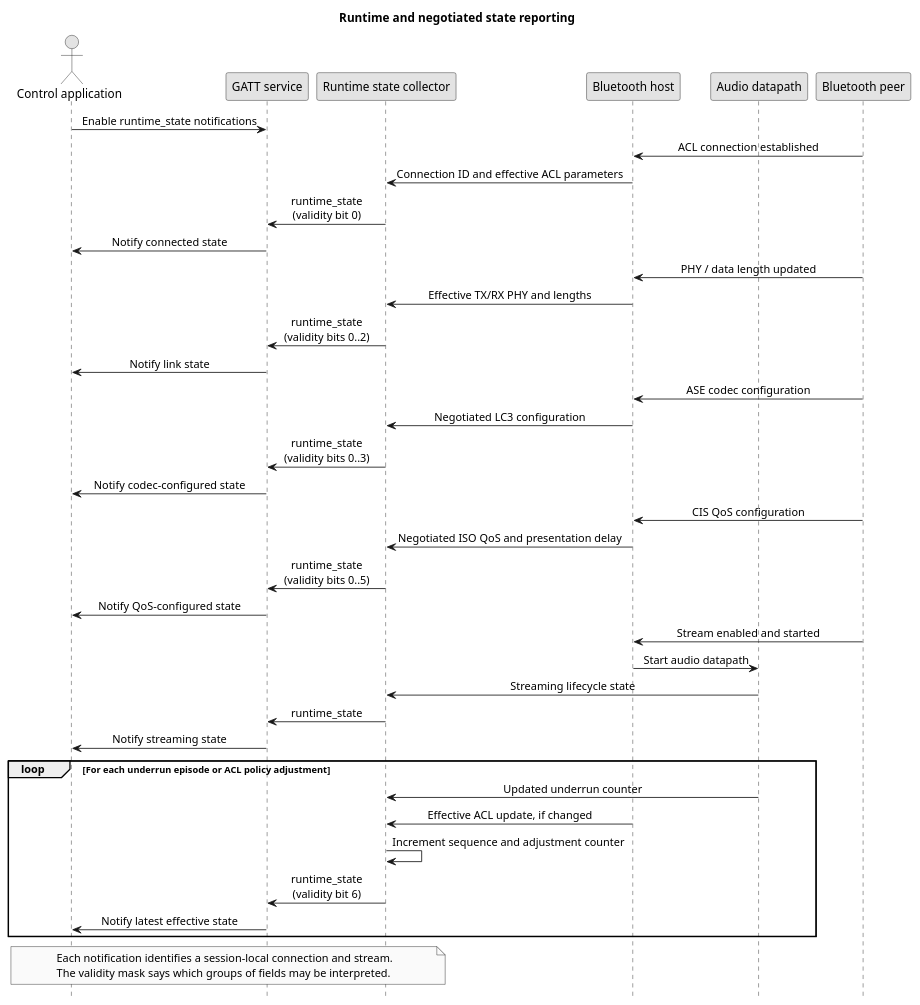
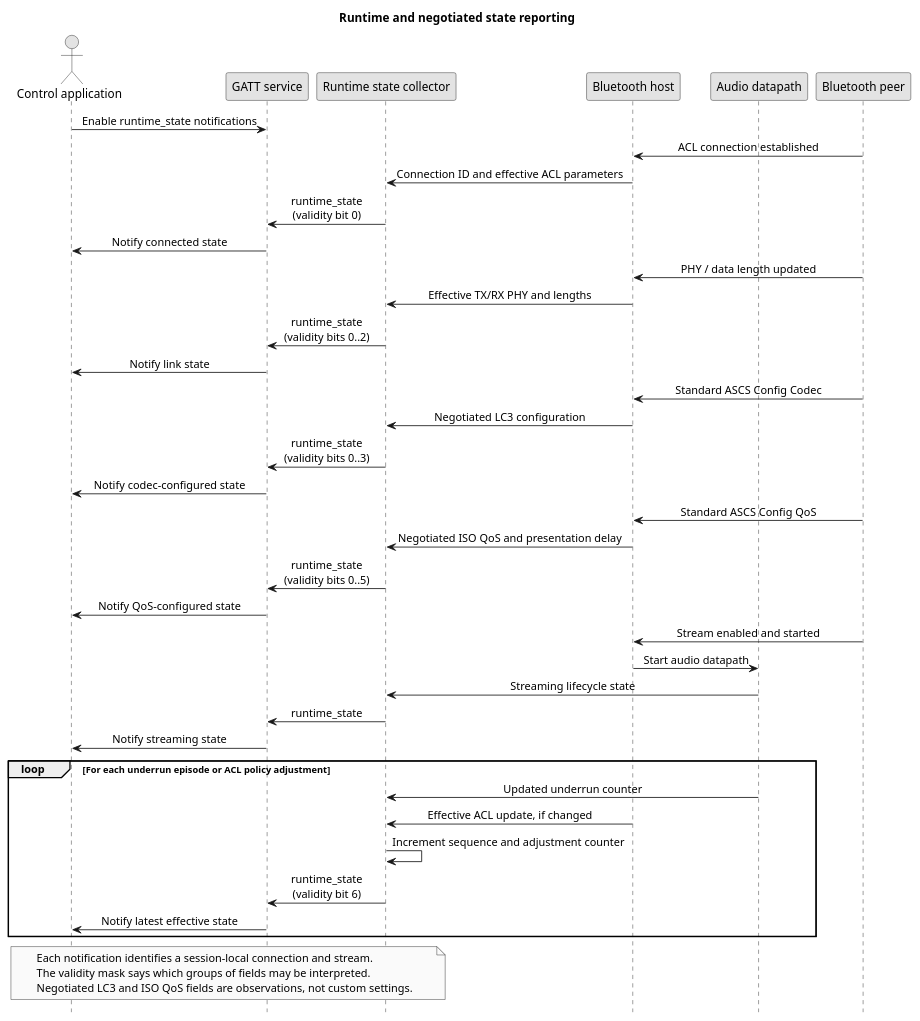
The diagram in schemas/wireless-audio-configuration/diagrams/runtime-state-sequence.puml (OpenEarable/protocol), drawn with PlantUML before and after one commit. The commit also changed 12 other files, not shown here.

```diff
--- a/schemas/wireless-audio-configuration/diagrams/runtime-state-sequence.puml
+++ b/schemas/wireless-audio-configuration/diagrams/runtime-state-sequence.puml
@@ -1,55 +1,56 @@
 @startuml
 title Runtime and negotiated state reporting
 
 skinparam monochrome true
 skinparam sequenceMessageAlign center
 hide footbox
 
 actor "Control application" as Client
 participant "GATT service" as Gatt
 participant "Runtime state collector" as State
 participant "Bluetooth host" as Host
 participant "Audio datapath" as Audio
 participant "Bluetooth peer" as Peer
 
 Client -> Gatt: Enable runtime_state notifications
 
 Peer -> Host: ACL connection established
 Host -> State: Connection ID and effective ACL parameters
 State -> Gatt: runtime_state\n(validity bit 0)
 Gatt -> Client: Notify connected state
 
 Peer -> Host: PHY / data length updated
 Host -> State: Effective TX/RX PHY and lengths
 State -> Gatt: runtime_state\n(validity bits 0..2)
 Gatt -> Client: Notify link state
 
-Peer -> Host: ASE codec configuration
+Peer -> Host: Standard ASCS Config Codec
 Host -> State: Negotiated LC3 configuration
 State -> Gatt: runtime_state\n(validity bits 0..3)
 Gatt -> Client: Notify codec-configured state
 
-Peer -> Host: CIS QoS configuration
+Peer -> Host: Standard ASCS Config QoS
 Host -> State: Negotiated ISO QoS and presentation delay
 State -> Gatt: runtime_state\n(validity bits 0..5)
 Gatt -> Client: Notify QoS-configured state
 
 Peer -> Host: Stream enabled and started
 Host -> Audio: Start audio datapath
 Audio -> State: Streaming lifecycle state
 State -> Gatt: runtime_state
 Gatt -> Client: Notify streaming state
 
 loop For each underrun episode or ACL policy adjustment
     Audio -> State: Updated underrun counter
     Host -> State: Effective ACL update, if changed
     State -> State: Increment sequence and adjustment counter
     State -> Gatt: runtime_state\n(validity bit 6)
     Gatt -> Client: Notify latest effective state
 end
 
 note over State,Client
 Each notification identifies a session-local connection and stream.
 The validity mask says which groups of fields may be interpreted.
+Negotiated LC3 and ISO QoS fields are observations, not custom settings.
 end note
 @enduml
```
